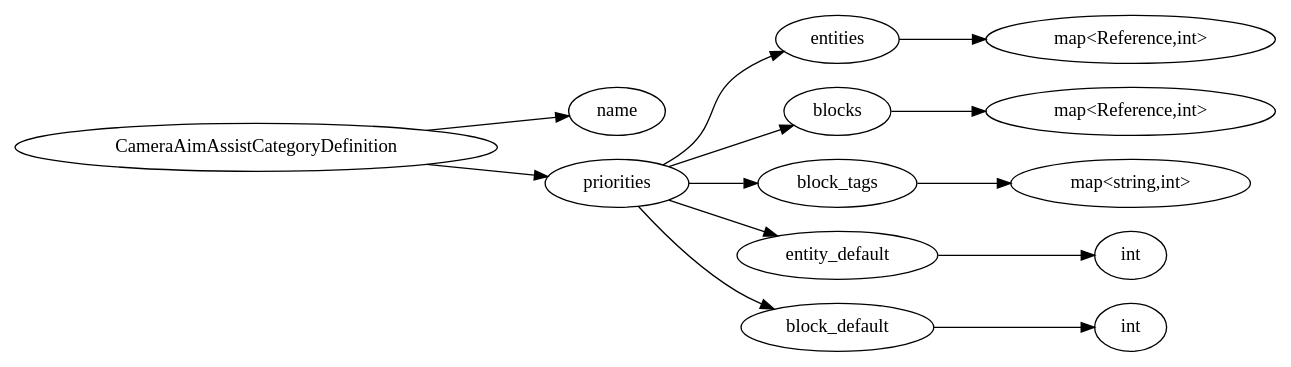
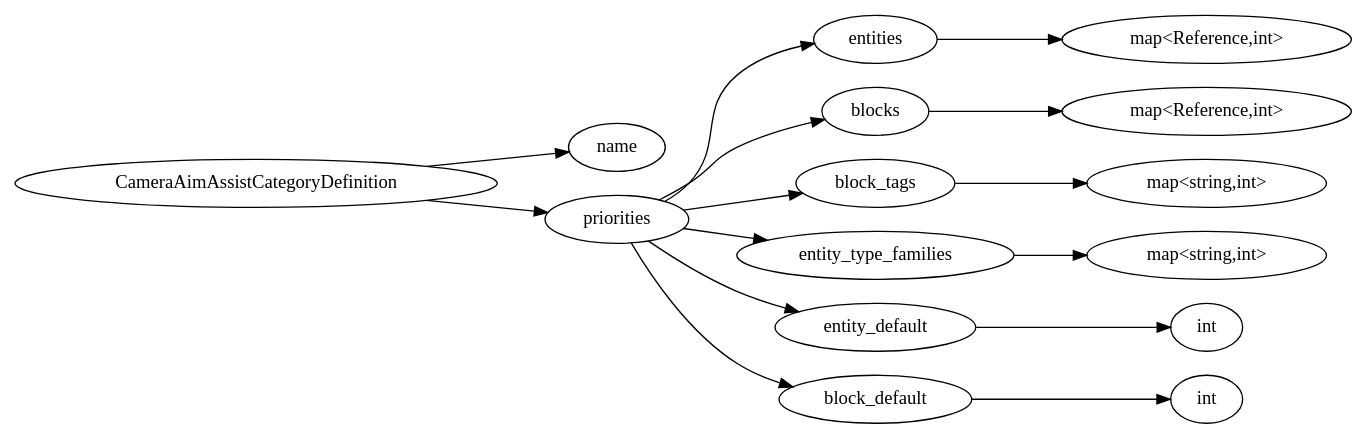
The diagram in dot/CameraAimAssistCategoryDefinition.dot (ApocalypsjeNL/bedrock-protocol-docs), drawn with Graphviz before and after one commit. The commit also changed 604 other files, not shown here.

```diff
--- a/dot/CameraAimAssistCategoryDefinition.dot
+++ b/dot/CameraAimAssistCategoryDefinition.dot
@@ -1,32 +1,36 @@
 digraph "CameraAimAssistCategoryDefinition" {
 rankdir = LR
 0
 0 -> 1
 0 -> 2
 2 -> 3
 3 -> 4
 2 -> 5
 5 -> 6
 2 -> 7
 7 -> 8
 2 -> 9
 9 -> 10
 2 -> 11
 11 -> 12
+2 -> 13
+13 -> 14
 
 0 [label="CameraAimAssistCategoryDefinition",comment="name: \"CameraAimAssistCategoryDefinition\", typeName: \"\", id: 0, branchId: 0, recurseId: -1, attributes: 0, notes: \"\""];
 1 [label="name",comment="name: \"name\", typeName: \"\", id: 1, branchId: 0, recurseId: -1, attributes: 0, notes: \"Name of the Aim-Assist Category used during lookup.\""];
 2 [label="priorities",comment="name: \"priorities\", typeName: \"\", id: 2, branchId: 0, recurseId: -1, attributes: 0, notes: \"The set of priorities used when determining aim-assist selection.\""];
 3 [label="entities",comment="name: \"entities\", typeName: \"\", id: 3, branchId: 0, recurseId: -1, attributes: 0, notes: \"Optional. Map of Entity identifiers to Aim-Assist targeting priority. Larger numbers have greater priority.\""];
 4 [label="map<Reference,int>",comment="name: \"map<Reference,int>\", typeName: \"\", id: 4, branchId: 0, recurseId: -1, attributes: 512, notes: \"Optional. Map of Entity identifiers to Aim-Assist targeting priority. Larger numbers have greater priority.\""];
 5 [label="blocks",comment="name: \"blocks\", typeName: \"\", id: 5, branchId: 0, recurseId: -1, attributes: 0, notes: \"Optional. Map of Block identifiers to Aim-Assist targeting priority. Larger numbers have greater priority.\""];
 6 [label="map<Reference,int>",comment="name: \"map<Reference,int>\", typeName: \"\", id: 6, branchId: 0, recurseId: -1, attributes: 512, notes: \"Optional. Map of Block identifiers to Aim-Assist targeting priority. Larger numbers have greater priority.\""];
 7 [label="block_tags",comment="name: \"block_tags\", typeName: \"\", id: 7, branchId: 0, recurseId: -1, attributes: 0, notes: \"Optional. Map of Block tags to Aim-Assist targeting priority. Larger numbers have greater priority.\""];
 8 [label="map<string,int>",comment="name: \"map<string,int>\", typeName: \"\", id: 8, branchId: 0, recurseId: -1, attributes: 512, notes: \"Optional. Map of Block tags to Aim-Assist targeting priority. Larger numbers have greater priority.\""];
-9 [label="entity_default",comment="name: \"entity_default\", typeName: \"\", id: 9, branchId: 0, recurseId: -1, attributes: 0, notes: \"Optional. Default Aim-Assist targeting priority used for Entities not found in 'entities'.\""];
-10 [label="int",comment="name: \"int\", typeName: \"\", id: 10, branchId: 0, recurseId: -1, attributes: 512, notes: \"Optional. Default Aim-Assist targeting priority used for Entities not found in 'entities'.\""];
-11 [label="block_default",comment="name: \"block_default\", typeName: \"\", id: 11, branchId: 0, recurseId: -1, attributes: 0, notes: \"Optional. Default Aim-Assist targeting priority used for Blocks not found in 'blocks'.\""];
-12 [label="int",comment="name: \"int\", typeName: \"\", id: 12, branchId: 0, recurseId: -1, attributes: 512, notes: \"Optional. Default Aim-Assist targeting priority used for Blocks not found in 'blocks'.\""];
-{ rank = max;4;6;8;10;12}
+9 [label="entity_type_families",comment="name: \"entity_type_families\", typeName: \"\", id: 9, branchId: 0, recurseId: -1, attributes: 0, notes: \"Optional. Map of Entity type families to Aim-Assist targeting priority. Larger numbers have greater priority.\""];
+10 [label="map<string,int>",comment="name: \"map<string,int>\", typeName: \"\", id: 10, branchId: 0, recurseId: -1, attributes: 512, notes: \"Optional. Map of Entity type families to Aim-Assist targeting priority. Larger numbers have greater priority.\""];
+11 [label="entity_default",comment="name: \"entity_default\", typeName: \"\", id: 11, branchId: 0, recurseId: -1, attributes: 0, notes: \"Optional. Default Aim-Assist targeting priority used for Entities not found in 'entities'.\""];
+12 [label="int",comment="name: \"int\", typeName: \"\", id: 12, branchId: 0, recurseId: -1, attributes: 512, notes: \"Optional. Default Aim-Assist targeting priority used for Entities not found in 'entities'.\""];
+13 [label="block_default",comment="name: \"block_default\", typeName: \"\", id: 13, branchId: 0, recurseId: -1, attributes: 0, notes: \"Optional. Default Aim-Assist targeting priority used for Blocks not found in 'blocks'.\""];
+14 [label="int",comment="name: \"int\", typeName: \"\", id: 14, branchId: 0, recurseId: -1, attributes: 512, notes: \"Optional. Default Aim-Assist targeting priority used for Blocks not found in 'blocks'.\""];
+{ rank = max;4;6;8;10;12;14}
 
 }
```
